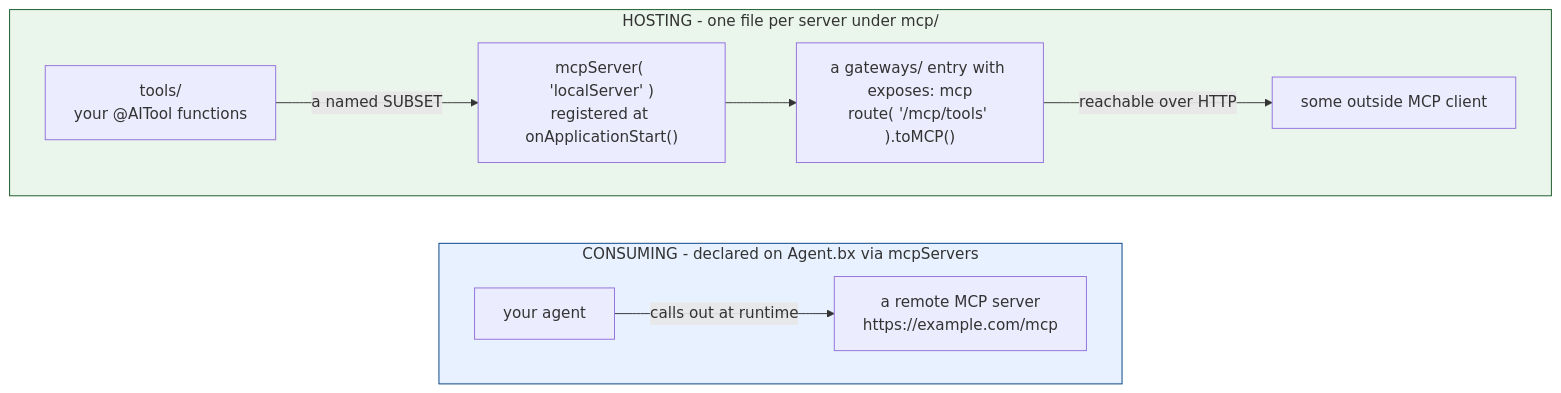
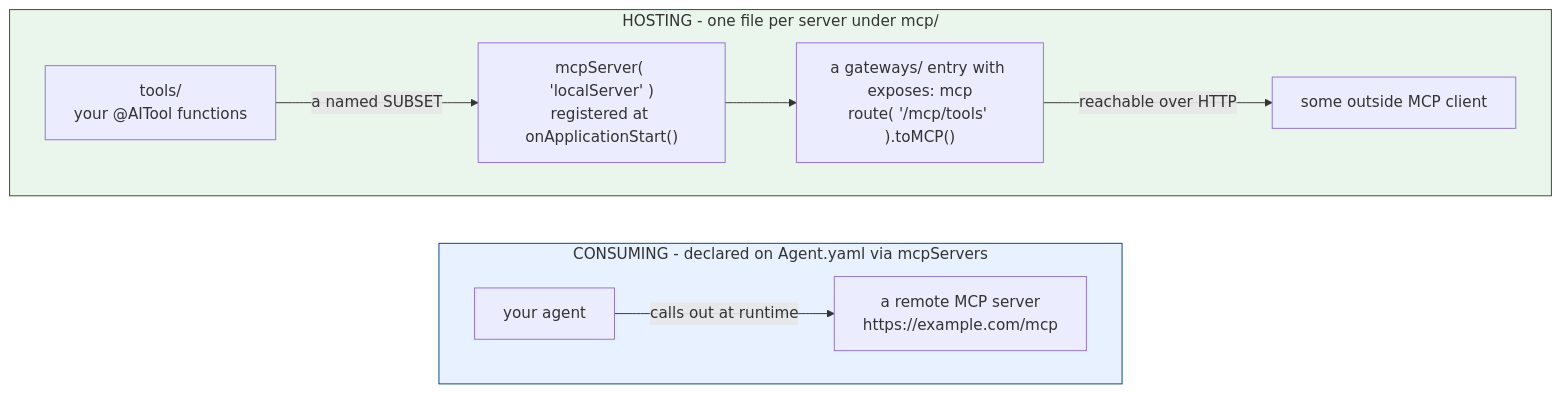
The diagram in docs/versions/1.0.x/conventions/mcp.md (ortus-boxlang/bx-agents), drawn with Mermaid before and after one commit. The commit also changed other lines of this file and 110 other files, not shown here.

First line of the commit message:
Docs, specs and CLI text for Agent.yaml: new reference page, every page and its 1.0.x and Spanish copies, doctor image, changelog

````diff
--- a/docs/versions/1.0.x/conventions/mcp.md
+++ b/docs/versions/1.0.x/conventions/mcp.md
@@ -13,17 +13,17 @@
 ```mermaid
 flowchart LR
-    subgraph consume["CONSUMING - declared on Agent.bx via mcpServers"]
+    subgraph consume["CONSUMING - declared on Agent.yaml via mcpServers"]
         direction LR
         AG["your agent"] -->|"calls out at runtime"| RM["a remote MCP server<br/>https://example.com/mcp"]
     end
 
     subgraph host["HOSTING - one file per server under mcp/"]
         direction LR
         TL["tools/<br/>your @AITool functions"] -->|"a named SUBSET"| MS["mcpServer( 'localServer' )<br/>registered at onApplicationStart()"]
         MS --> GW["a gateways/ entry with exposes: mcp<br/>route( '/mcp/tools' ).toMCP()"]
         GW -->|"reachable over HTTP"| OC["some outside MCP client"]
     end
 
     style consume fill:#e7f1ff,stroke:#004085
     style host fill:#eaf6ec,stroke:#155724
 ```
````
